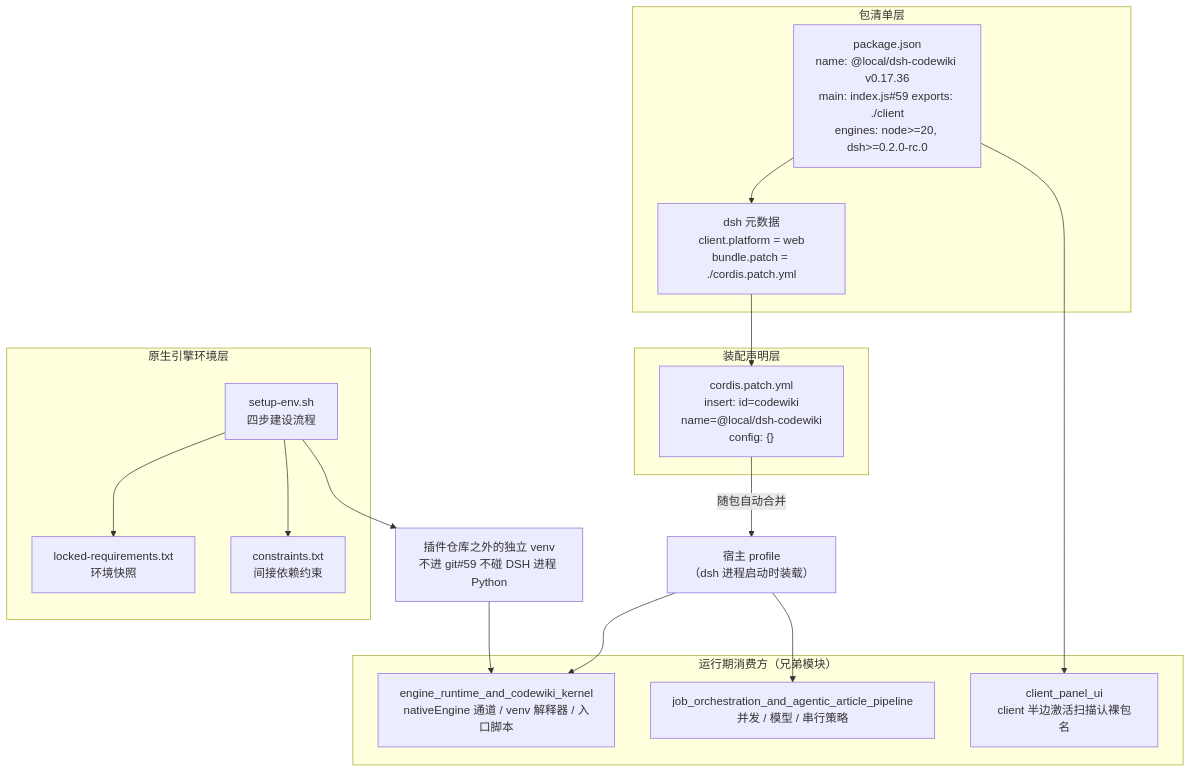
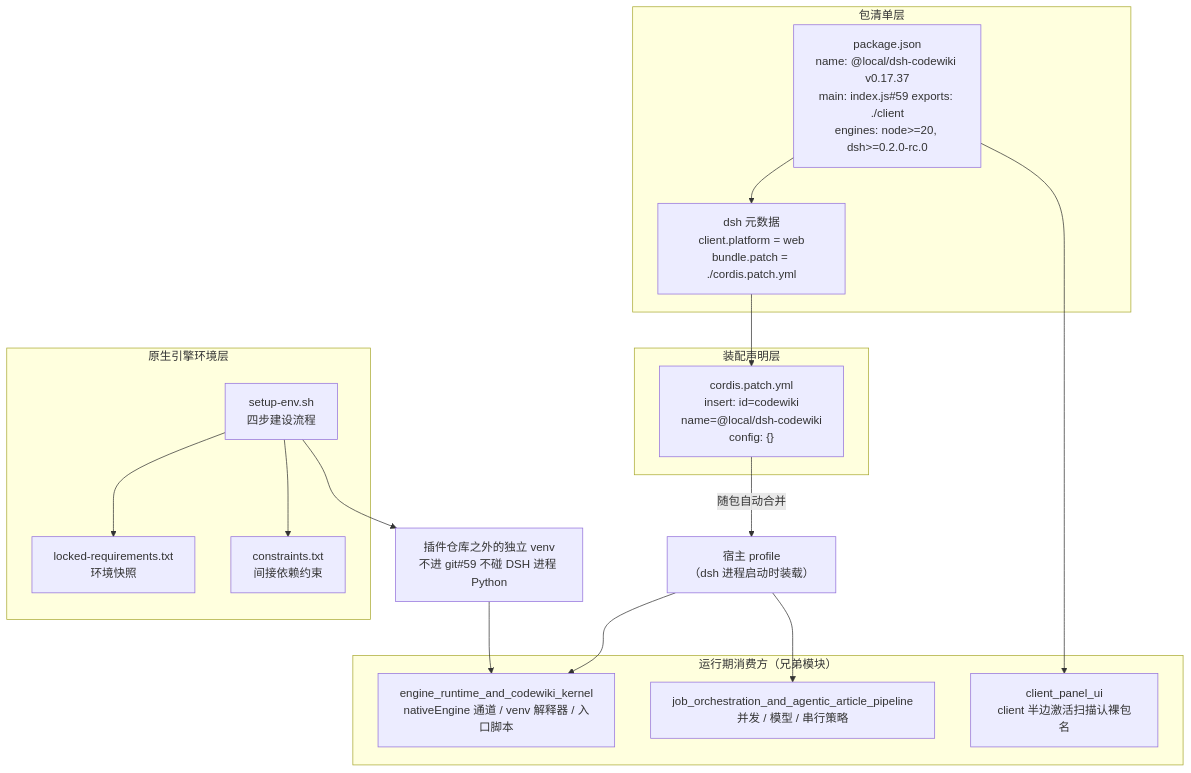
The first of 3 diagrams in .codewiki/modules/build-and-configuration.md (ikliml666/dsh-codewiki), drawn with Mermaid before and after one commit. The commit also changed other lines of this file and 13 other files, not shown here.

````diff
--- a/.codewiki/modules/build-and-configuration.md
+++ b/.codewiki/modules/build-and-configuration.md
@@ -28,35 +28,35 @@
 ```mermaid
 flowchart TB
     subgraph PKG["包清单层"]
-        PJ["package.json<br/>name: @local/dsh-codewiki v0.17.36<br/>main: index.js#59 exports: ./client<br/>engines: node>=20, dsh>=0.2.0-rc.0"]
+        PJ["package.json<br/>name: @local/dsh-codewiki v0.17.37<br/>main: index.js#59 exports: ./client<br/>engines: node>=20, dsh>=0.2.0-rc.0"]
         DSHMETA["dsh 元数据<br/>client.platform = web<br/>bundle.patch = ./cordis.patch.yml"]
     end
 
     subgraph PATCH["装配声明层"]
         CP["cordis.patch.yml<br/>insert: id=codewiki<br/>name=@local/dsh-codewiki<br/>config: {}"]
     end
 
     subgraph ENV["原生引擎环境层"]
         SH["setup-env.sh<br/>四步建设流程"]
         LOCK["locked-requirements.txt<br/>环境快照"]
         CON["constraints.txt<br/>间接依赖约束"]
     end
 
     subgraph RUNTIME["运行期消费方（兄弟模块）"]
         ENG["engine_runtime_and_codewiki_kernel<br/>nativeEngine 通道 / venv 解释器 / 入口脚本"]
         JOB["job_orchestration_and_agentic_article_pipeline<br/>并发 / 模型 / 串行策略"]
         UI["client_panel_ui<br/>client 半边激活扫描认裸包名"]
     end
 
     PJ --> DSHMETA
     DSHMETA --> CP
     CP -->|"随包自动合并"| PROFILE["宿主 profile<br/>（dsh 进程启动时装载）"]
     SH --> LOCK
     SH --> CON
     SH --> VENV["插件仓库之外的独立 venv<br/>不进 git#59 不碰 DSH 进程 Python"]
 
     PROFILE --> JOB
     PROFILE --> ENG
     VENV --> ENG
     PJ --> UI
 ```
````
